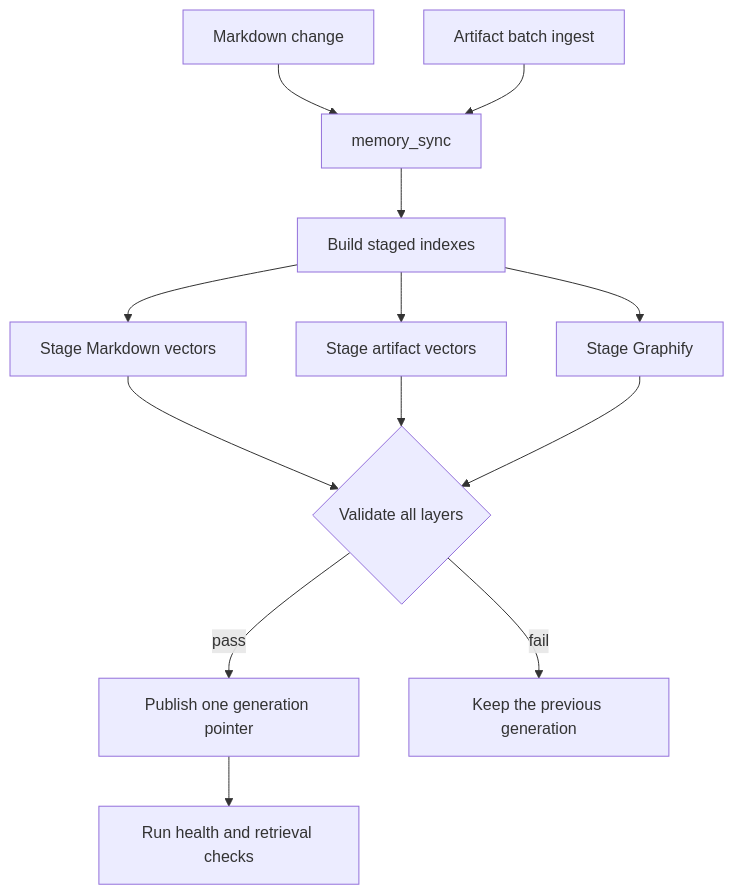
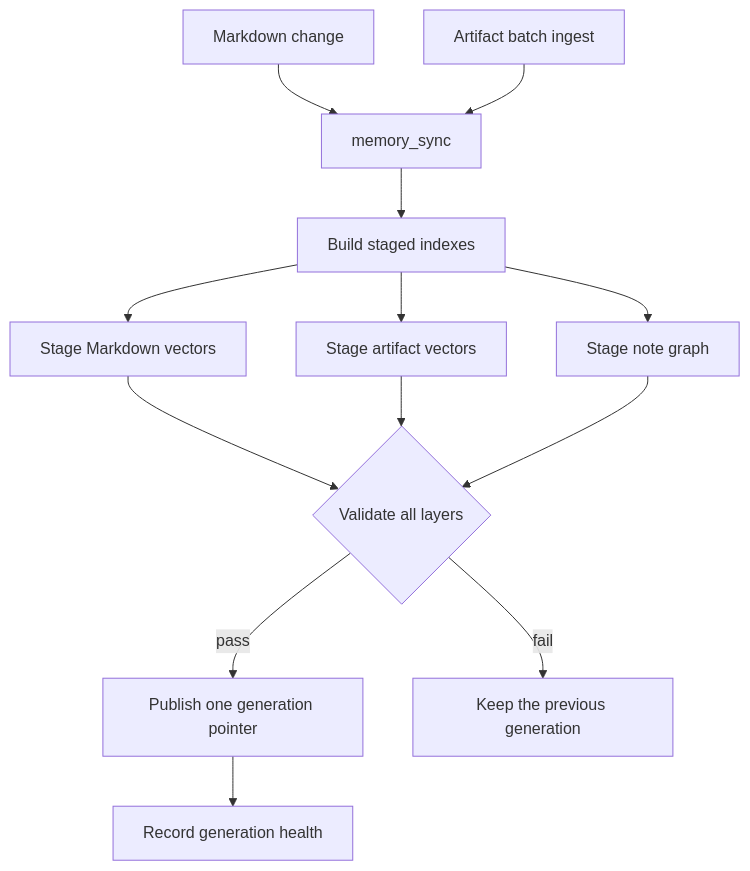
Before and after one commit to moorej2400/ai-memory-mcp: the third of 3 diagrams in README.md, drawn with Mermaid. The commit also changed other lines of this file and 13 other files, not shown here.

First line of the commit message:
docs: describe the native note graph and the Graphify upgrade path

````diff
--- a/README.md
+++ b/README.md
@@ -129,15 +129,15 @@
 ```mermaid
 flowchart TB
     MdChange["Markdown change"] --> Sync["memory_sync"]
     ArtChange["Artifact batch ingest"] --> Sync
     Sync --> Stage["Build staged indexes"]
     Stage --> Md["Stage Markdown vectors"]
     Stage --> Art["Stage artifact vectors"]
-    Stage --> Graph["Stage Graphify"]
+    Stage --> Graph["Stage note graph"]
     Md --> Validate{"Validate all layers"}
     Art --> Validate
     Graph --> Validate
     Validate -->|pass| Publish["Publish one generation pointer"]
     Validate -->|fail| Keep["Keep the previous generation"]
-    Publish --> Health["Run health and retrieval checks"]
+    Publish --> Health["Record generation health"]
 ```
````
